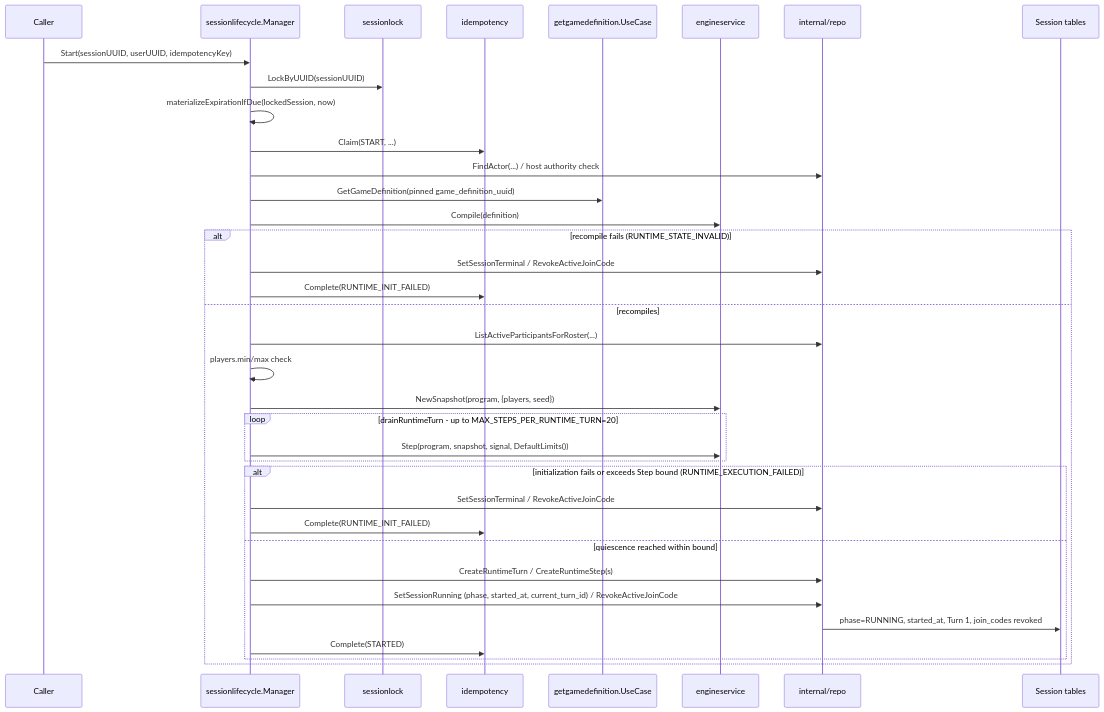
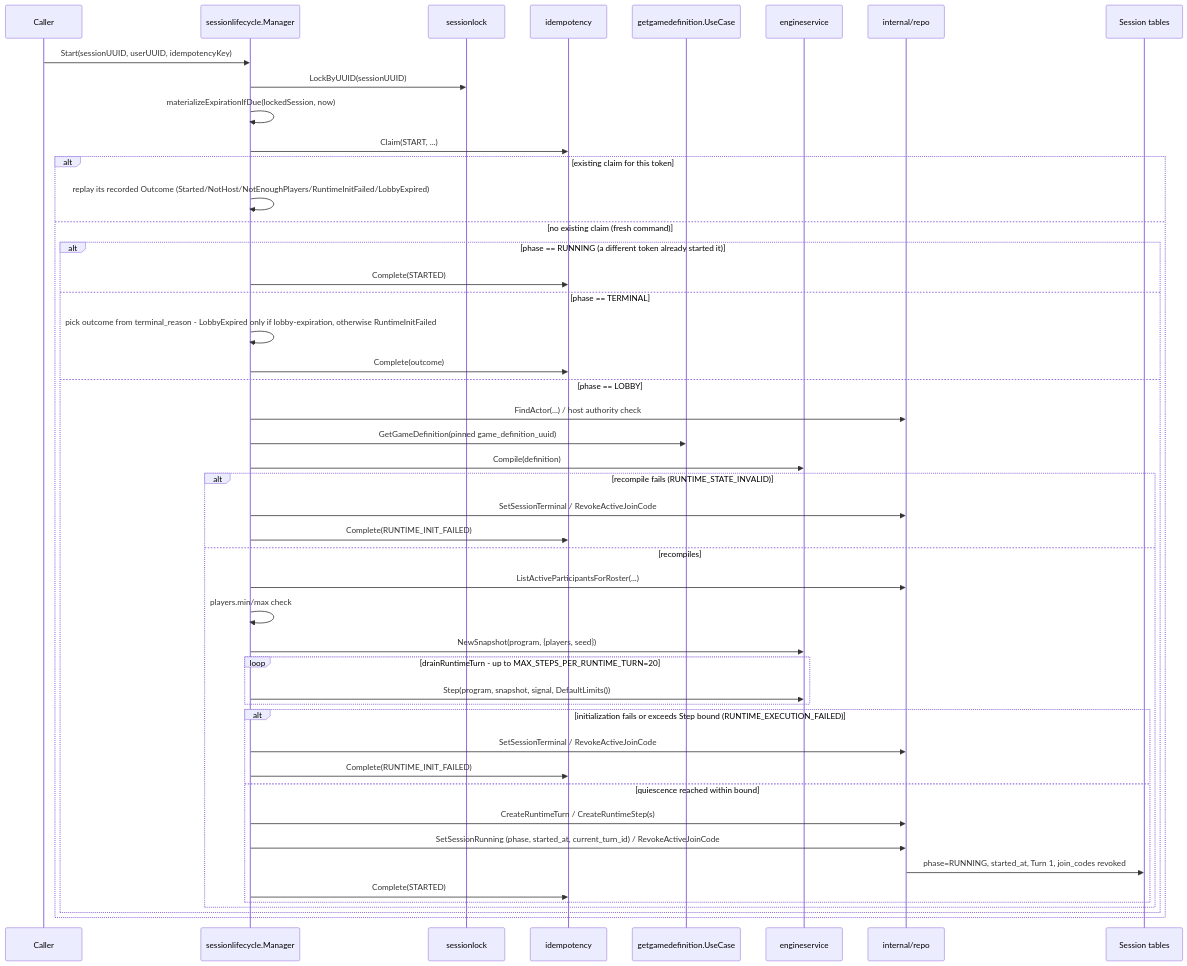
One commit to diegobermudez03/playhoot changed the third of 3 diagrams in game/docs/FLOWS.md. Above: the diagram before and after it, drawn with Mermaid. The commit also changed other lines of this file and 7 other files, not shown here.

````diff
--- a/game/docs/FLOWS.md
+++ b/game/docs/FLOWS.md
@@ -82,39 +82,50 @@
 ```mermaid
 sequenceDiagram
     participant Caller
     participant Mgr as sessionlifecycle.Manager
     participant Lock as sessionlock
     participant Idem as idempotency
     participant GetDef as getgamedefinition.UseCase
     participant Engine as engineservice
     participant Repo as internal/repo
     participant DB as Session tables
 
     Caller->>Mgr: Start(sessionUUID, userUUID, idempotencyKey)
     Mgr->>Lock: LockByUUID(sessionUUID)
     Mgr->>Mgr: materializeExpirationIfDue(lockedSession, now)
     Mgr->>Idem: Claim(START, ...)
-    Mgr->>Repo: FindActor(...) / host authority check
-    Mgr->>GetDef: GetGameDefinition(pinned game_definition_uuid)
-    Mgr->>Engine: Compile(definition)
-    alt recompile fails (RUNTIME_STATE_INVALID)
-        Mgr->>Repo: SetSessionTerminal / RevokeActiveJoinCode
-        Mgr->>Idem: Complete(RUNTIME_INIT_FAILED)
-    else recompiles
-        Mgr->>Repo: ListActiveParticipantsForRoster(...)
-        Mgr->>Mgr: players.min/max check
-        Mgr->>Engine: NewSnapshot(program, {players, seed})
-        loop drainRuntimeTurn - up to MAX_STEPS_PER_RUNTIME_TURN=20
-            Mgr->>Engine: Step(program, snapshot, signal, DefaultLimits())
-        end
-        alt initialization fails or exceeds Step bound (RUNTIME_EXECUTION_FAILED)
-            Mgr->>Repo: SetSessionTerminal / RevokeActiveJoinCode
-            Mgr->>Idem: Complete(RUNTIME_INIT_FAILED)
-        else quiescence reached within bound
-            Mgr->>Repo: CreateRuntimeTurn / CreateRuntimeStep(s)
-            Mgr->>Repo: SetSessionRunning (phase, started_at, current_turn_id) / RevokeActiveJoinCode
-            Repo->>DB: phase=RUNNING, started_at, Turn 1, join_codes revoked
+    alt existing claim for this token
+        Mgr->>Mgr: replay its recorded Outcome (Started/NotHost/NotEnoughPlayers/RuntimeInitFailed/LobbyExpired)
+    else no existing claim (fresh command)
+        alt phase == RUNNING (a different token already started it)
             Mgr->>Idem: Complete(STARTED)
+        else phase == TERMINAL
+            Mgr->>Mgr: pick outcome from terminal_reason - LobbyExpired only if lobby-expiration, otherwise RuntimeInitFailed
+            Mgr->>Idem: Complete(outcome)
+        else phase == LOBBY
+            Mgr->>Repo: FindActor(...) / host authority check
+            Mgr->>GetDef: GetGameDefinition(pinned game_definition_uuid)
+            Mgr->>Engine: Compile(definition)
+            alt recompile fails (RUNTIME_STATE_INVALID)
+                Mgr->>Repo: SetSessionTerminal / RevokeActiveJoinCode
+                Mgr->>Idem: Complete(RUNTIME_INIT_FAILED)
+            else recompiles
+                Mgr->>Repo: ListActiveParticipantsForRoster(...)
+                Mgr->>Mgr: players.min/max check
+                Mgr->>Engine: NewSnapshot(program, {players, seed})
+                loop drainRuntimeTurn - up to MAX_STEPS_PER_RUNTIME_TURN=20
+                    Mgr->>Engine: Step(program, snapshot, signal, DefaultLimits())
+                end
+                alt initialization fails or exceeds Step bound (RUNTIME_EXECUTION_FAILED)
+                    Mgr->>Repo: SetSessionTerminal / RevokeActiveJoinCode
+                    Mgr->>Idem: Complete(RUNTIME_INIT_FAILED)
+                else quiescence reached within bound
+                    Mgr->>Repo: CreateRuntimeTurn / CreateRuntimeStep(s)
+                    Mgr->>Repo: SetSessionRunning (phase, started_at, current_turn_id) / RevokeActiveJoinCode
+                    Repo->>DB: phase=RUNNING, started_at, Turn 1, join_codes revoked
+                    Mgr->>Idem: Complete(STARTED)
+                end
+            end
         end
     end
 ```
````
